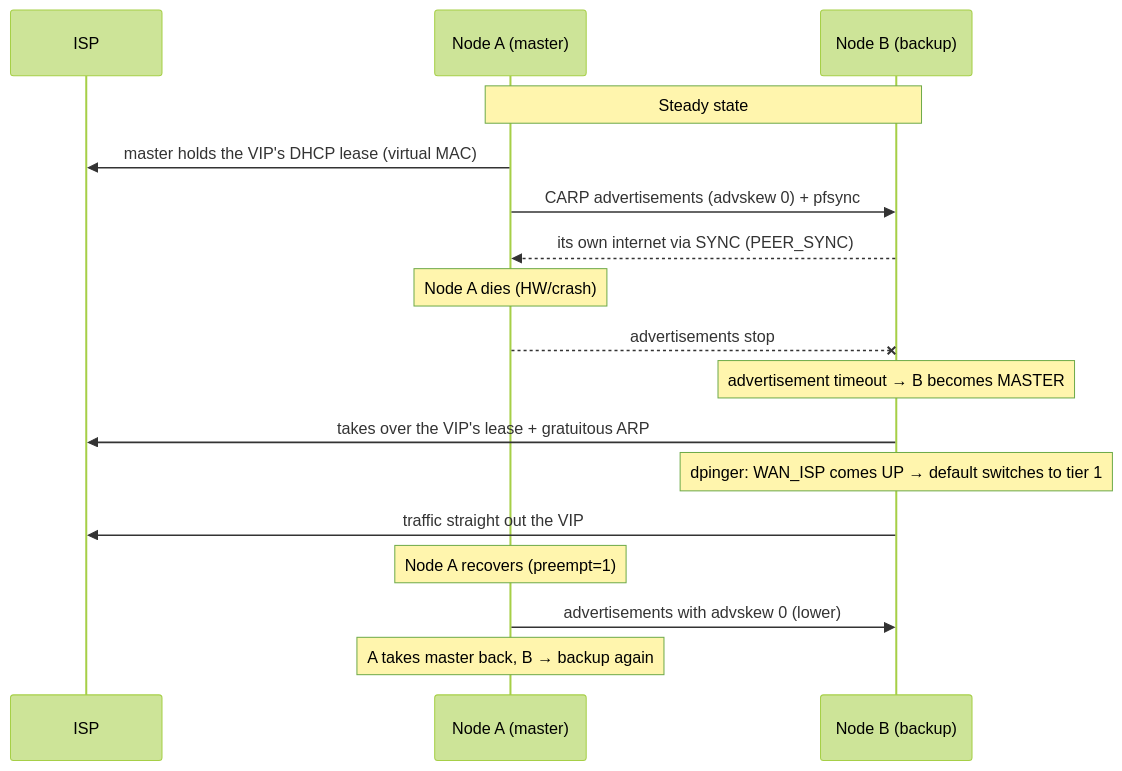
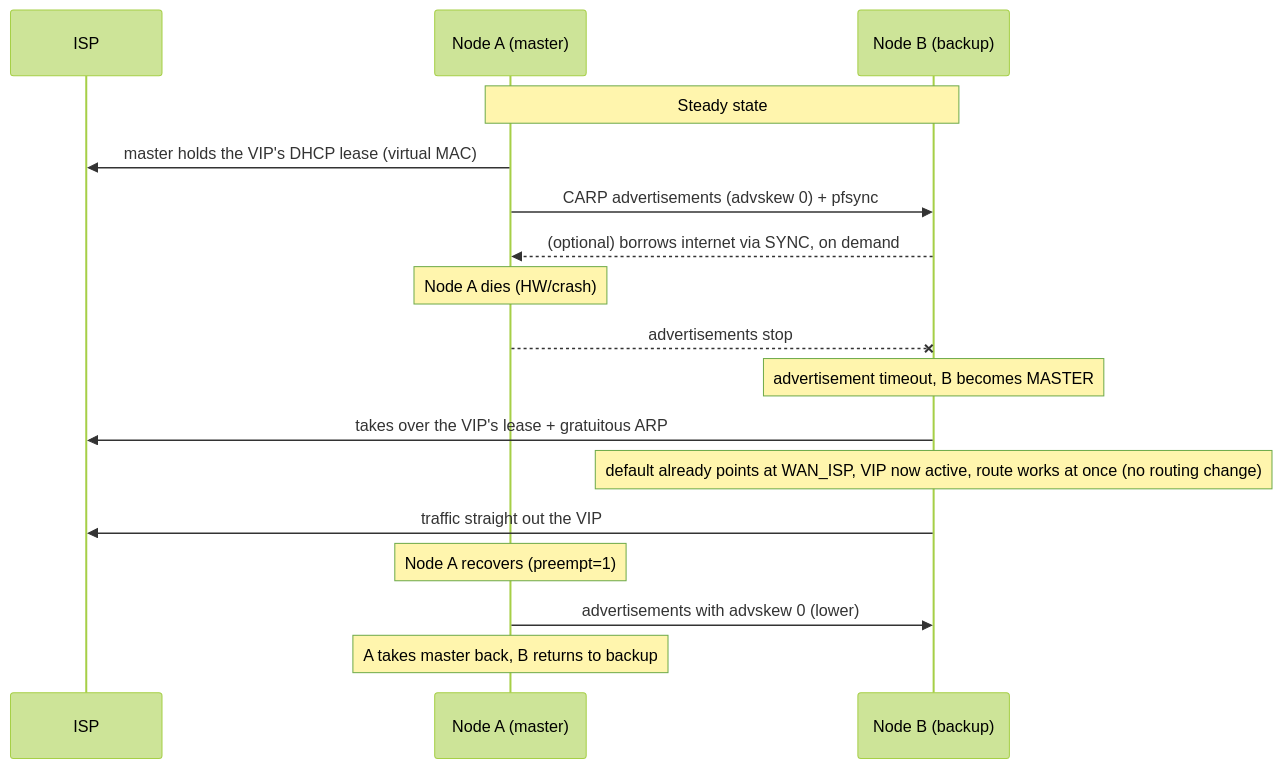
The second of 3 diagrams in net/os-carp-vip-dhcp/docs/single-ip-wan-carp.md (toreamun/opnsense-plugins), drawn with Mermaid (forest theme) before and after one commit. The commit also changed other lines of this file, not shown here.

First line of the commit message:
docs(os-carp-vip-dhcp): overhaul the single-IP-WAN-CARP guide

````diff
--- a/net/os-carp-vip-dhcp/docs/single-ip-wan-carp.md
+++ b/net/os-carp-vip-dhcp/docs/single-ip-wan-carp.md
@@ -279,22 +215,22 @@
 ```mermaid
 sequenceDiagram
     participant ISP as ISP
     participant A as Node A (master)
     participant B as Node B (backup)
 
     Note over A,B: Steady state
     A->>ISP: master holds the VIP's DHCP lease (virtual MAC)
     A->>B: CARP advertisements (advskew 0) + pfsync
-    B-->>A: its own internet via SYNC (PEER_SYNC)
+    B-->>A: (optional) borrows internet via SYNC, on demand
 
     Note over A: Node A dies (HW/crash)
     A--xB: advertisements stop
-    Note over B: advertisement timeout → B becomes MASTER
+    Note over B: advertisement timeout, B becomes MASTER
     B->>ISP: takes over the VIP's lease + gratuitous ARP
-    Note over B: dpinger: WAN_ISP comes UP → default switches to tier 1
+    Note over B: default already points at WAN_ISP, VIP now active, route works at once (no routing change)
     B->>ISP: traffic straight out the VIP
 
     Note over A: Node A recovers (preempt=1)
     A->>B: advertisements with advskew 0 (lower)
-    Note over A: A takes master back, B → backup again
+    Note over A: A takes master back, B returns to backup
 ```
````
